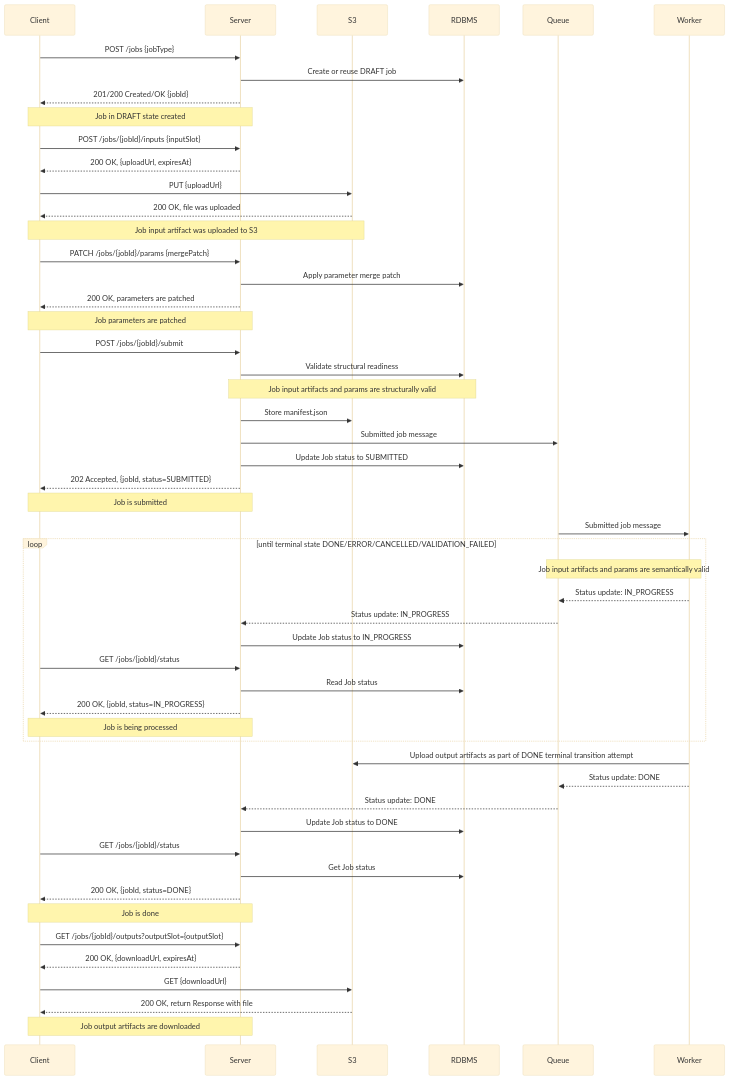
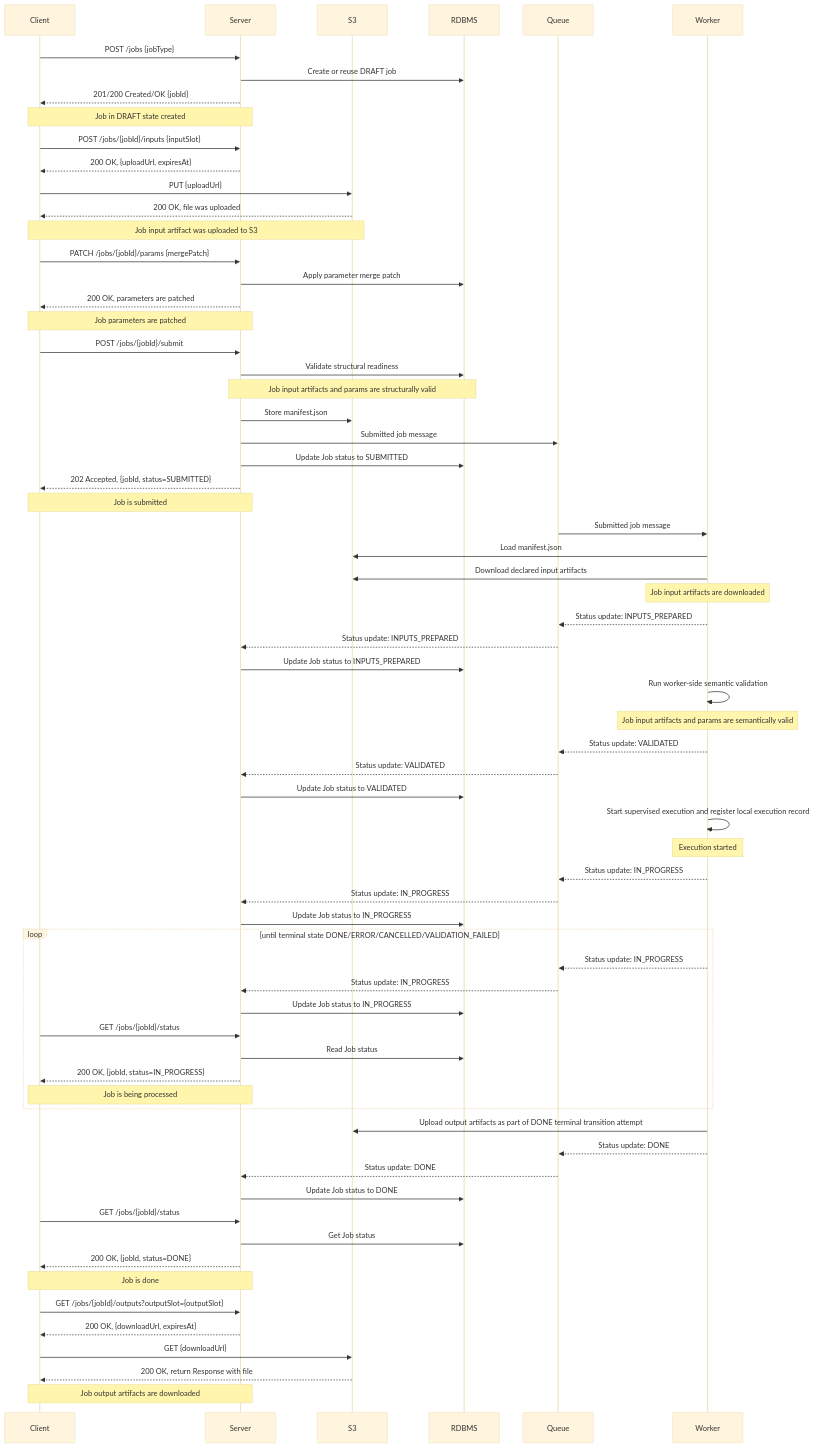
One commit to oleksiy-sayankin/mdds changed the second of 2 diagrams in ARCHITECTURE.md. Above: the diagram before and after it, drawn with Mermaid (base theme). The commit also changed other lines of this file, not shown here.

First line of the commit message:
MDDS-436 Define public pre-execution job lifecycle states

````diff
--- a/ARCHITECTURE.md
+++ b/ARCHITECTURE.md
@@ -218,58 +235,75 @@
 ```mermaid
 sequenceDiagram
     participant Client
     participant Server
     participant S3
     participant RDBMS
     participant Queue
     participant Worker
     Client->>Server: POST /jobs {jobType}
     Server->>RDBMS: Create or reuse DRAFT job
     Server-->>Client: 201/200 Created/OK {jobId}
     Note over Client, Server: Job in DRAFT state created
     Client->>Server: POST /jobs/{jobId}/inputs {inputSlot}
     Server-->>Client: 200 OK, {uploadUrl, expiresAt}
     Client->>S3: PUT {uploadUrl}
     S3-->>Client: 200 OK, file was uploaded
     Note over Client, S3: Job input artifact was uploaded to S3
     Client->>Server: PATCH /jobs/{jobId}/params {mergePatch}
     Server->>RDBMS: Apply parameter merge patch
     Server-->>Client: 200 OK, parameters are patched
     Note over Client, Server: Job parameters are patched
     Client->>Server: POST /jobs/{jobId}/submit
     Server ->> RDBMS: Validate structural readiness
     Note over Server, RDBMS: Job input artifacts and params are structurally valid
     Server->>S3: Store manifest.json
     Server->>Queue: Submitted job message
     Server->>RDBMS: Update Job status to SUBMITTED
     Server-->>Client: 202 Accepted, {jobId, status=SUBMITTED}
     Note over Client, Server: Job is submitted
     
     Queue->>Worker: Submitted job message
+    Worker->>S3: Load manifest.json
+    Worker->>S3: Download declared input artifacts
+    Note over Worker: Job input artifacts are downloaded
+    Worker-->>Queue: Status update: INPUTS_PREPARED
+    Queue-->>Server: Status update: INPUTS_PREPARED
+    Server->>RDBMS: Update Job status to INPUTS_PREPARED
+
+    Worker->>Worker: Run worker-side semantic validation
+    Note over Worker: Job input artifacts and params are semantically valid
+    Worker-->>Queue: Status update: VALIDATED
+    Queue-->>Server: Status update: VALIDATED
+    Server->>RDBMS: Update Job status to VALIDATED
+
+    Worker->>Worker: Start supervised execution and register local execution record
+    Note over Worker: Execution started
+    Worker-->>Queue: Status update: IN_PROGRESS
+    Queue-->>Server: Status update: IN_PROGRESS
+    Server->>RDBMS: Update Job status to IN_PROGRESS
     
     loop until terminal state DONE/ERROR/CANCELLED/VALIDATION_FAILED
-       Note over Queue, Worker: Job input artifacts and params are semantically valid
        Worker-->>Queue: Status update: IN_PROGRESS
        Queue-->>Server: Status update: IN_PROGRESS
        Server->>RDBMS: Update Job status to IN_PROGRESS
 
        Client->>Server: GET /jobs/{jobId}/status
        Server->>RDBMS: Read Job status
        Server-->>Client: 200 OK, {jobId, status=IN_PROGRESS}
        
        Note over Client, Server: Job is being processed
     end
     Worker->>S3: Upload output artifacts as part of DONE terminal transition attempt
     Worker-->>Queue: Status update: DONE
     Queue-->>Server: Status update: DONE
     Server->>RDBMS: Update Job status to DONE
     Client->>Server: GET /jobs/{jobId}/status
     Server->>RDBMS: Get Job status
     Server-->>Client: 200 OK, {jobId, status=DONE}
     Note over Client, Server: Job is done
     Client->>Server: GET /jobs/{jobId}/outputs?outputSlot={outputSlot}
     Server-->>Client: 200 OK, {downloadUrl, expiresAt}
     Client->>S3: GET {downloadUrl}
     S3-->>Client: 200 OK, return Response with file
     Note over Client, Server: Job output artifacts are downloaded
 ```
````
